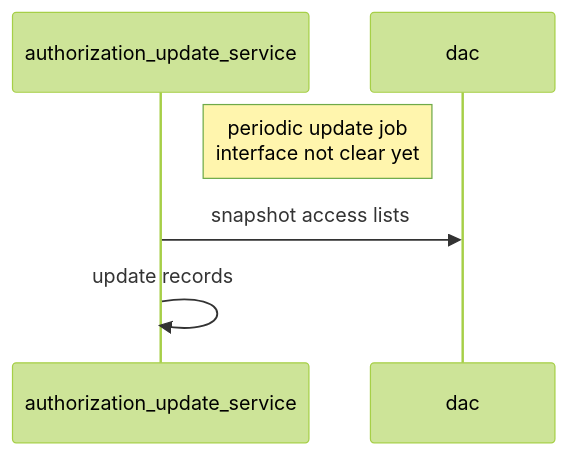
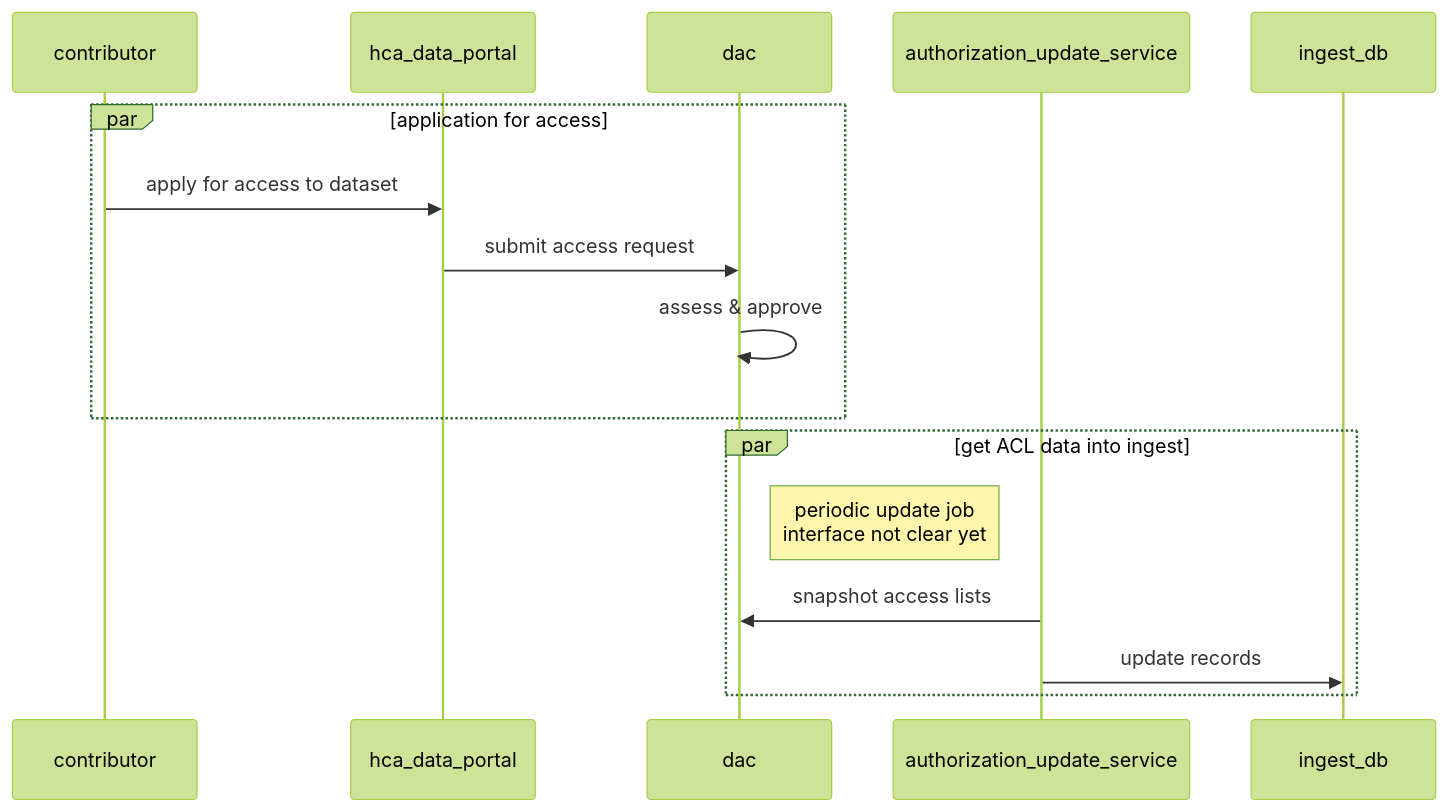
One commit to ebi-ait/ingest-core changed the second of 2 diagrams in docs/managed-access.md. Above: the diagram before and after it, drawn with Mermaid (forest theme). The commit also changed other lines of this file, not shown here.

Commit message:
dcp-967 managed access - design docs

````diff
--- a/docs/managed-access.md
+++ b/docs/managed-access.md
@@ -25,10 +25,20 @@
 ```mermaid
 sequenceDiagram
 
-        participant authorization_update_service
-        participant dac
-        
-        note left of dac: periodic update job<br>interface not clear yet
+    participant contributor
+    participant hca_data_portal
+    participant dac
+    participant authorization_update_service
+
+
+    par application for access
+        contributor ->> hca_data_portal: apply for access to dataset
+        hca_data_portal ->> dac: submit access request
+        dac ->> dac: assess & approve    
+    end 
+    par get ACL data into ingest
+        note right of dac: periodic update job<br>interface not clear yet
         authorization_update_service ->> dac: snapshot access lists
-        authorization_update_service ->> authorization_update_service: update records
+        authorization_update_service ->> ingest_db: update records
+    end
 ```
````
